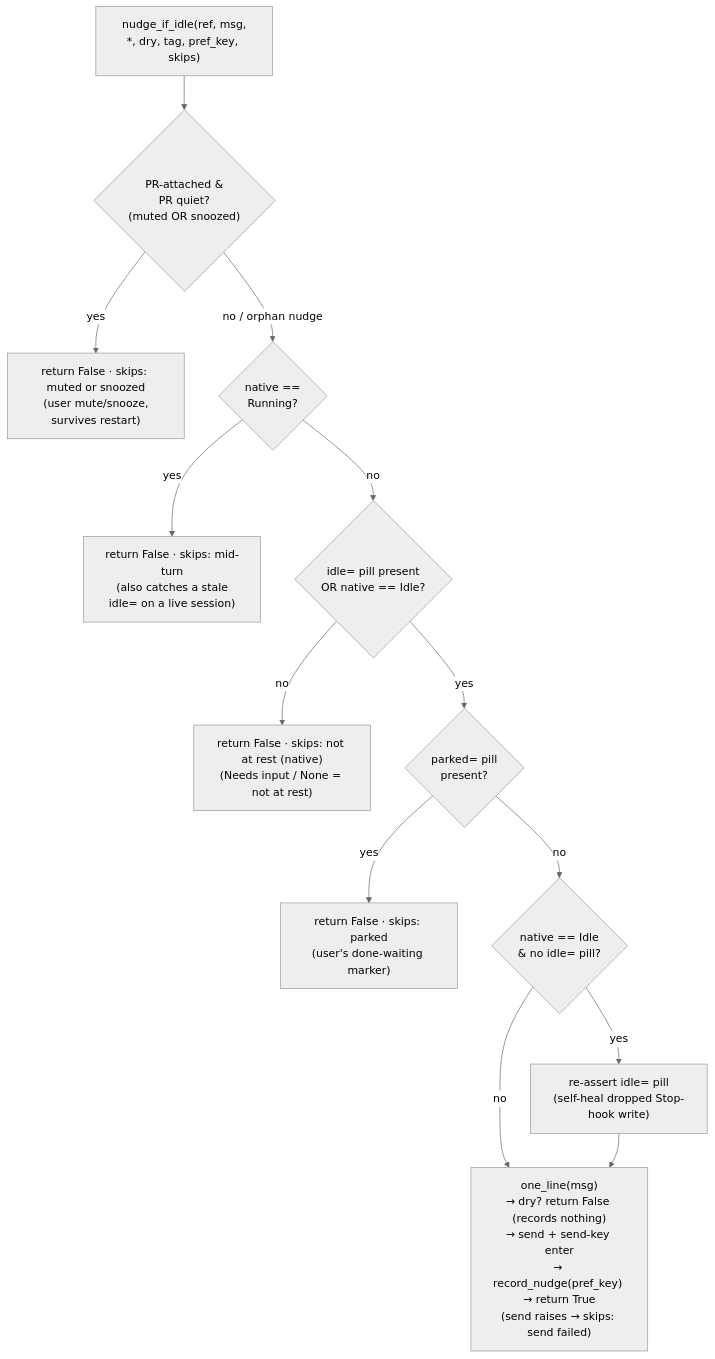
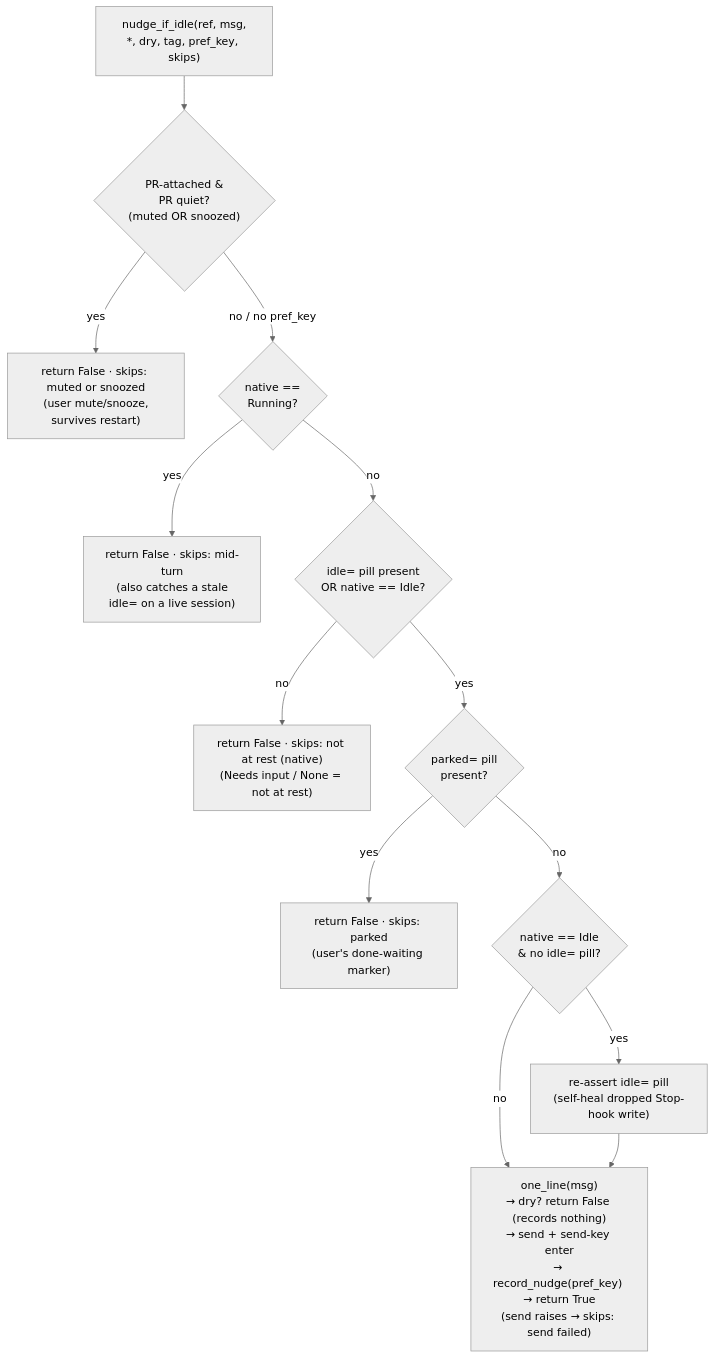
One commit to khivi/cockpit changed the fourth of 5 diagrams in docs/state-machine.md. Above: the diagram before and after it, drawn with Mermaid (neutral theme). The commit also changed other lines of this file and 18 other files, not shown here.

First line of the commit message:
feat!: seed review spawns from bundled prose, and drop the orphan nudge (#490)

````diff
--- a/docs/state-machine.md
+++ b/docs/state-machine.md
@@ -344,19 +347,19 @@
 ```mermaid
 flowchart TD
   IN["nudge_if_idle(ref, msg,<br/>*, dry, tag, pref_key, skips)"] --> G1{"PR-attached &<br/>PR quiet?<br/>(muted OR snoozed)"}
   G1 -->|yes| F1["return False · skips: muted or snoozed<br/>(user mute/snooze,<br/>survives restart)"]
-  G1 -->|"no / orphan nudge"| G2{"native ==<br/>Running?"}
+  G1 -->|"no / no pref_key"| G2{"native ==<br/>Running?"}
 
   G2 -->|yes| F2["return False · skips: mid-turn<br/>(also catches a stale<br/>idle= on a live session)"]
   G2 -->|no| G3{"idle= pill present<br/>OR native == Idle?"}
 
   G3 -->|no| F3["return False · skips: not at rest (native)<br/>(Needs input / None = not at rest)"]
   G3 -->|yes| G4{"parked= pill<br/>present?"}
 
   G4 -->|yes| F4["return False · skips: parked<br/>(user's done-waiting marker)"]
   G4 -->|no| HEAL{"native == Idle<br/>& no idle= pill?"}
 
   HEAL -->|yes| SELFHEAL["re-assert idle= pill<br/>(self-heal dropped Stop-hook write)"]
   HEAL -->|no| FIRE
   SELFHEAL --> FIRE["one_line(msg)<br/>→ dry? return False (records nothing)<br/>→ send + send-key enter<br/>→ record_nudge(pref_key) → return True<br/>(send raises → skips: send failed)"]
 ```
````
